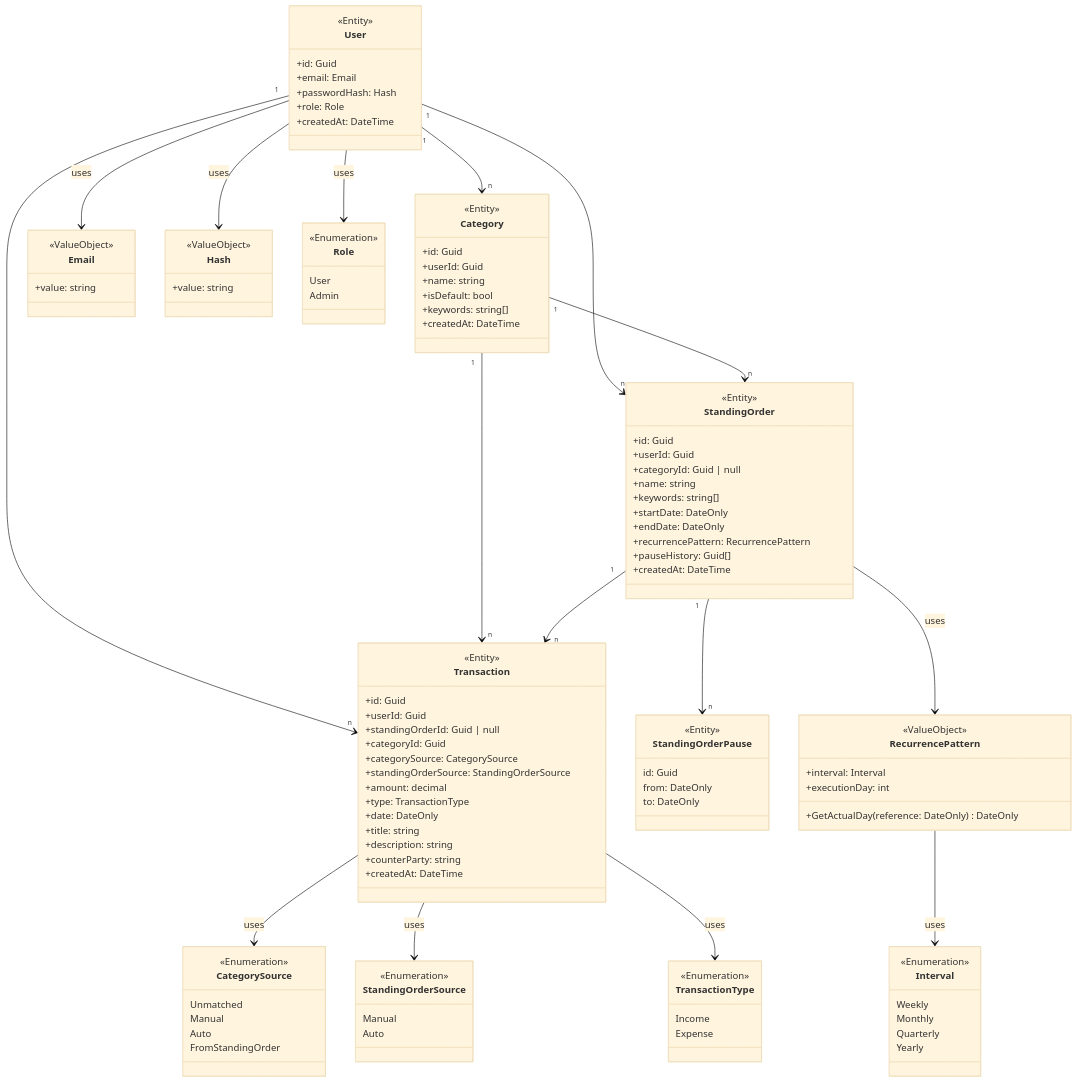
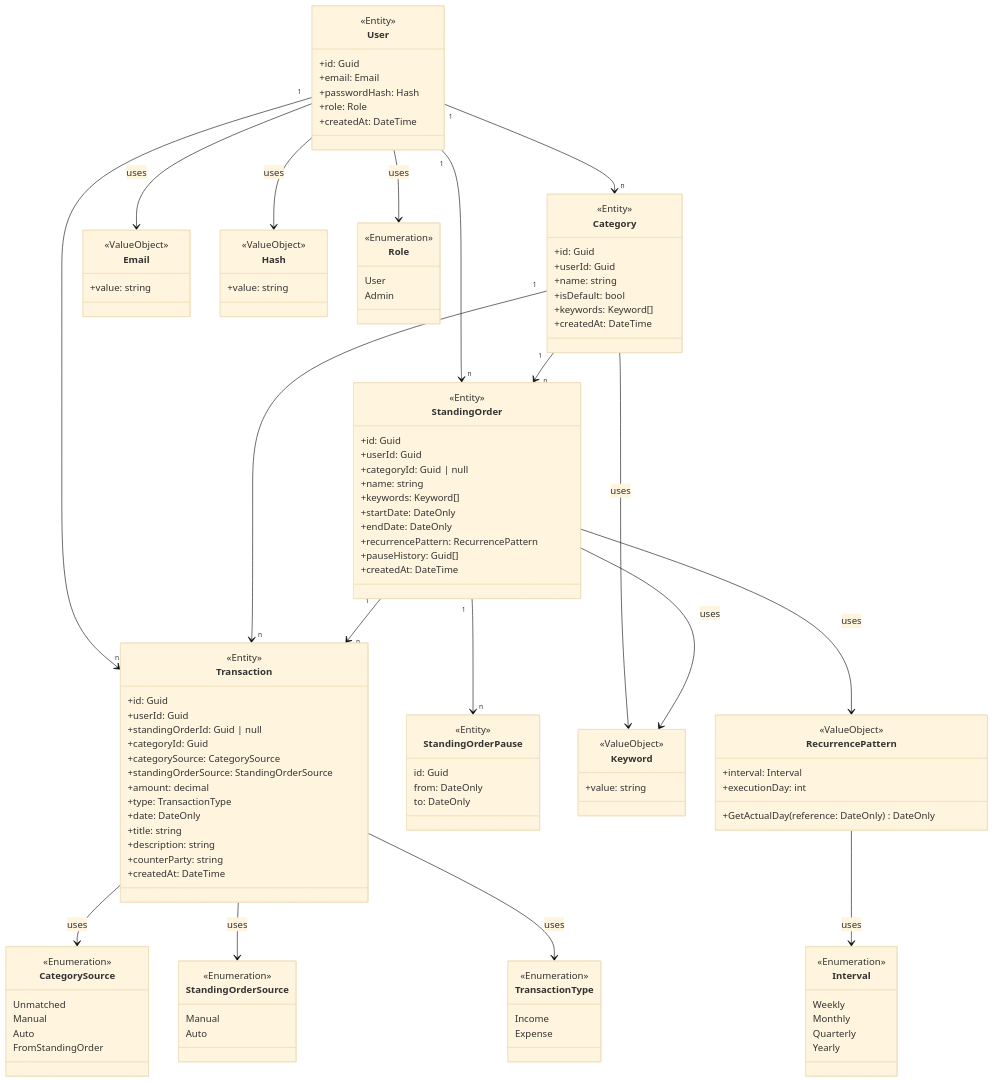
The diagram in docs/backend/Layers/Domain.md (MoritzLue24/Broke-Manager), drawn with Mermaid (base theme) before and after one commit.

Commit message:
Change keywords type to Keyword[] and add Keyword class
Updated the keywords property type from string[] to Keyword[] in both the Category and StandingOrder classes. Added a new Keyword class to represent keywords as value objects.

```diff
--- a/docs/backend/Layers/Domain.md
+++ b/docs/backend/Layers/Domain.md
@@ -96,7 +96,7 @@
         +userId: Guid
         +name: string
         +isDefault: bool
-        +keywords: string[]
+        +keywords: Keyword[]
         +createdAt: DateTime
     }
     
@@ -106,7 +106,7 @@
 	    +userId: Guid
 	    +categoryId: Guid | null
 	    +name: string
-	    +keywords: string[]
+	    +keywords: Keyword[]
 	    +startDate: DateOnly
 	    +endDate: DateOnly
 	    +recurrencePattern: RecurrencePattern
@@ -131,6 +131,11 @@
         <<ValueObject>>
         +value: string
     }
+
+	class Keyword {
+		<<ValueObject>>
+		+value: string
+	}
 
 	class RecurrencePattern {
 		<<ValueObject>>
@@ -183,7 +188,9 @@
 	User "1" --> "n" Category
 	User "1" --> "n" Transaction
 	User "1" --> "n" StandingOrder
-	
+
+	Category --> Keyword : uses
+	StandingOrder --> Keyword : uses
     Category "1" --> "n" Transaction
     Category "1" --> "n" StandingOrder
     StandingOrder "1" --> "n" Transaction
```
